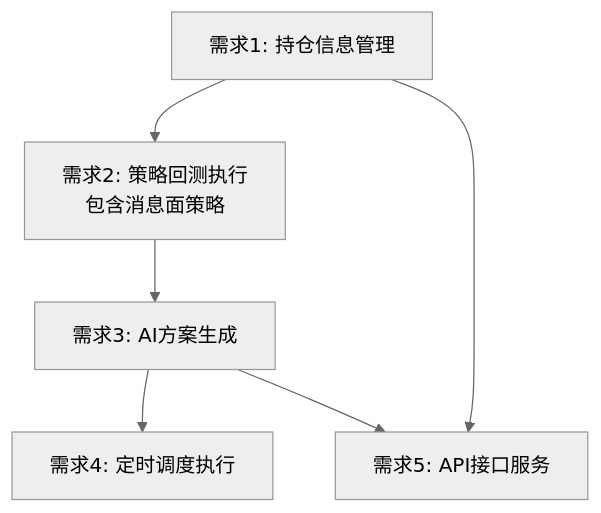
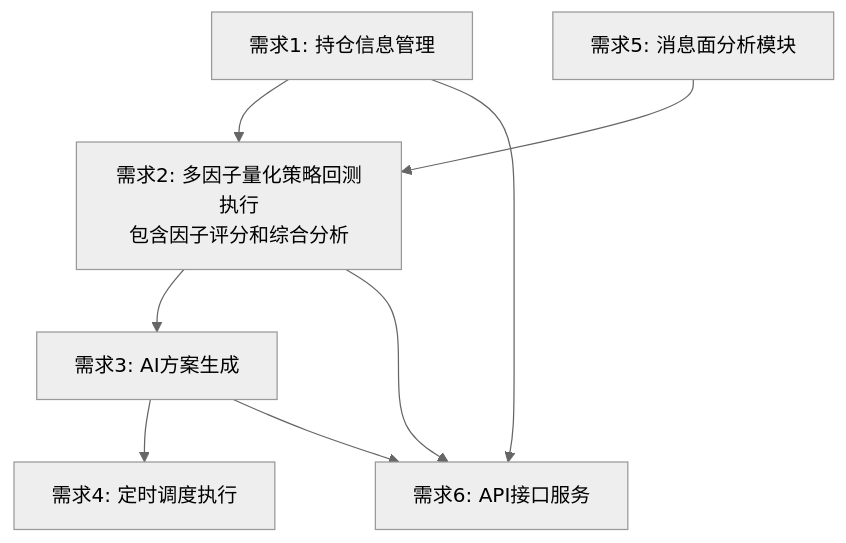
The diagram in .trae/documents/quantitative_system_requirements.md (Casper-Mars/trading), drawn with Mermaid (neutral theme) before and after one commit. The commit also changed other lines of this file, not shown here.

````diff
--- a/.trae/documents/quantitative_system_requirements.md
+++ b/.trae/documents/quantitative_system_requirements.md
@@ -131,8 +153,10 @@
 ```mermaid
 graph TD
-    A[需求1: 持仓信息管理] --> B[需求2: 策略回测执行<br/>包含消息面策略]
+    A[需求1: 持仓信息管理] --> B[需求2: 多因子量化策略回测执行<br/>包含因子评分和综合分析]
+    E[需求5: 消息面分析模块] --> B
     B --> C[需求3: AI方案生成]
     C --> D[需求4: 定时调度执行]
-    A --> E[需求5: API接口服务]
-    C --> E
+    A --> F[需求6: API接口服务]
+    C --> F
+    B --> F
 ```
````
